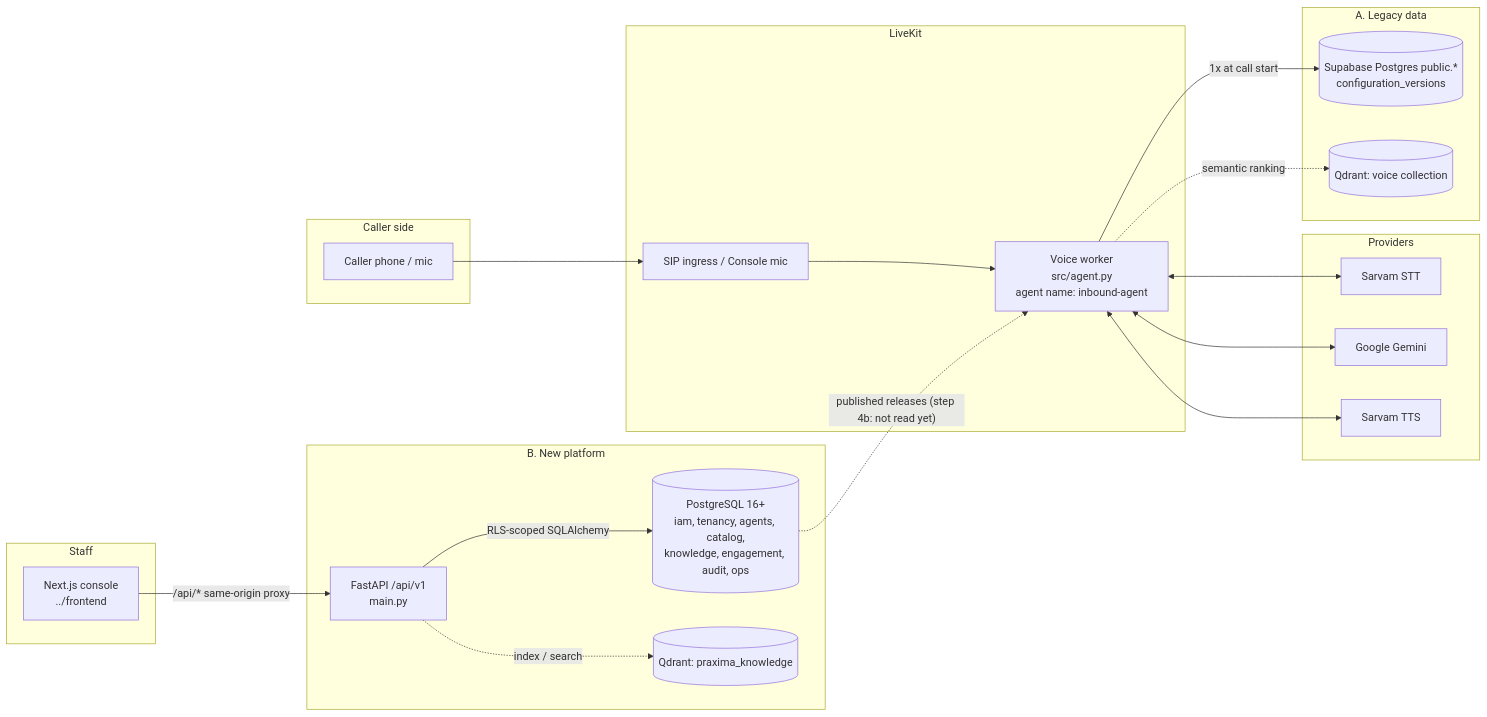
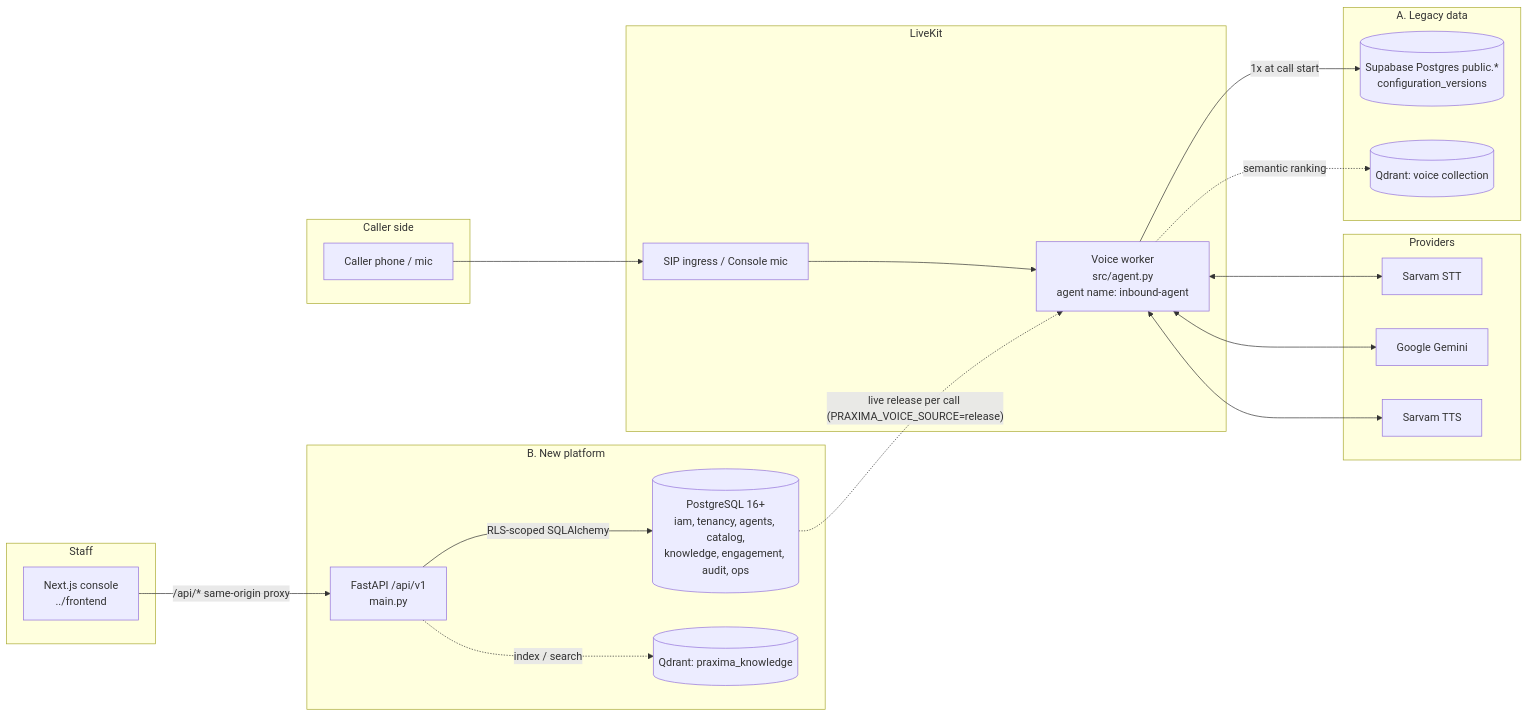
One commit to nitctrl/praxima-automata changed the first of 3 diagrams in PROJECT_UNDERSTANDING.md. Above: the diagram before and after it, drawn with Mermaid. The commit also changed other lines of this file and 14 other files, not shown here.

First line of the commit message:
Let the voice agent answer from published releases (step 4b)

````diff
--- a/PROJECT_UNDERSTANDING.md
+++ b/PROJECT_UNDERSTANDING.md
@@ -53,38 +55,38 @@
 ```mermaid
 flowchart LR
     subgraph Caller side
         C[Caller phone / mic]
     end
     subgraph LiveKit
         SIP[SIP ingress / Console mic]
         W[Voice worker<br/>src/agent.py<br/>agent name: inbound-agent]
     end
     subgraph Providers
         STT[Sarvam STT]
         LLM[Google Gemini]
         TTS[Sarvam TTS]
     end
     subgraph "A. Legacy data"
         PG[(Supabase Postgres public.*<br/>configuration_versions)]
         Q[(Qdrant: voice collection)]
     end
     subgraph "B. New platform"
         API[FastAPI /api/v1<br/>main.py]
         NEW[(PostgreSQL 16+<br/>iam, tenancy, agents, catalog,<br/>knowledge, engagement, audit, ops)]
         QK[(Qdrant: praxima_knowledge)]
     end
     subgraph Staff
         FE[Next.js console<br/>../frontend]
     end
 
     C --> SIP --> W
     W <--> STT
     W <--> LLM
     W <--> TTS
     W -- "1x at call start" --> PG
     W -. "semantic ranking" .-> Q
     FE -- "/api/* same-origin proxy" --> API
     API -- "RLS-scoped SQLAlchemy" --> NEW
     API -. "index / search" .-> QK
-    NEW -. "published releases (step 4b: not read yet)" .-> W
+    NEW -. "live release per call (PRAXIMA_VOICE_SOURCE=release)" .-> W
 ```
````
